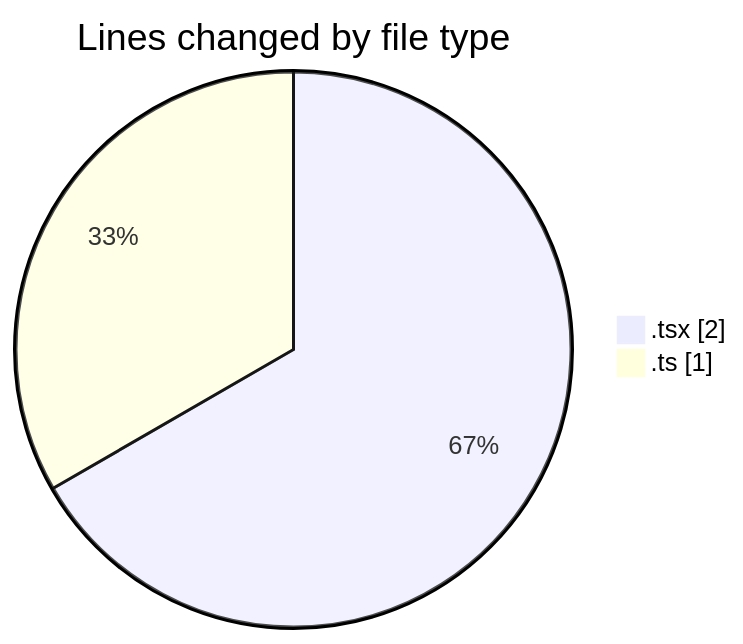
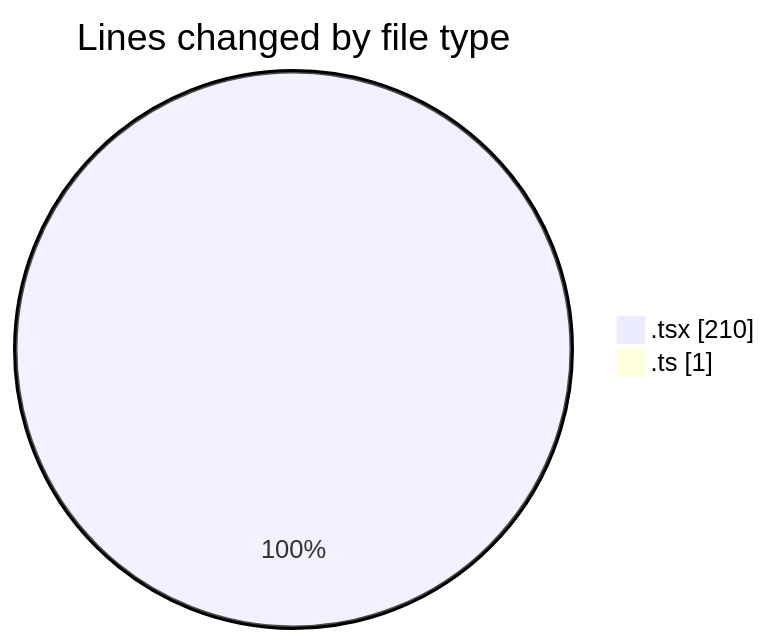
Before and after one commit to robertbonfada/code-tracking: the first of 2 diagrams in 2025-01-29/mbc-web/README.md, drawn with Mermaid. The commit also changed other lines of this file and 1 other file, not shown here.

````diff
--- a/2025-01-29/mbc-web/README.md
+++ b/2025-01-29/mbc-web/README.md
@@ -21,6 +23,6 @@
 ```mermaid
 pie showData
 title Lines changed by file type
-".tsx" : 2
+".tsx" : 210
 ".ts" : 1
 ```
````
